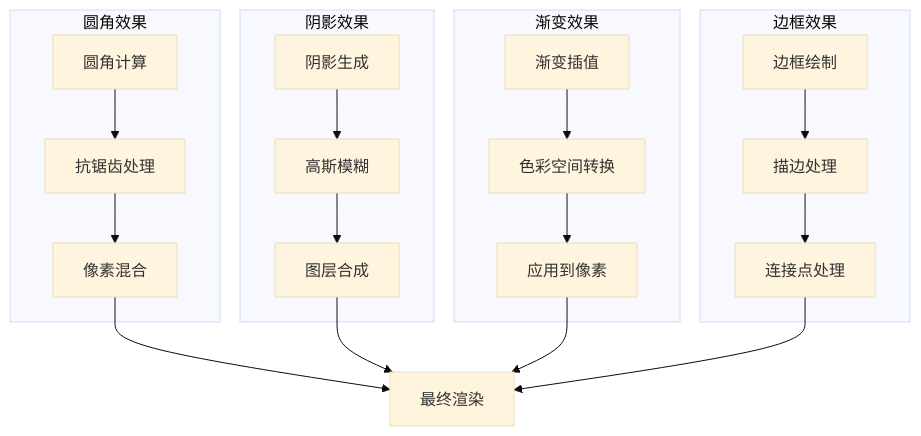
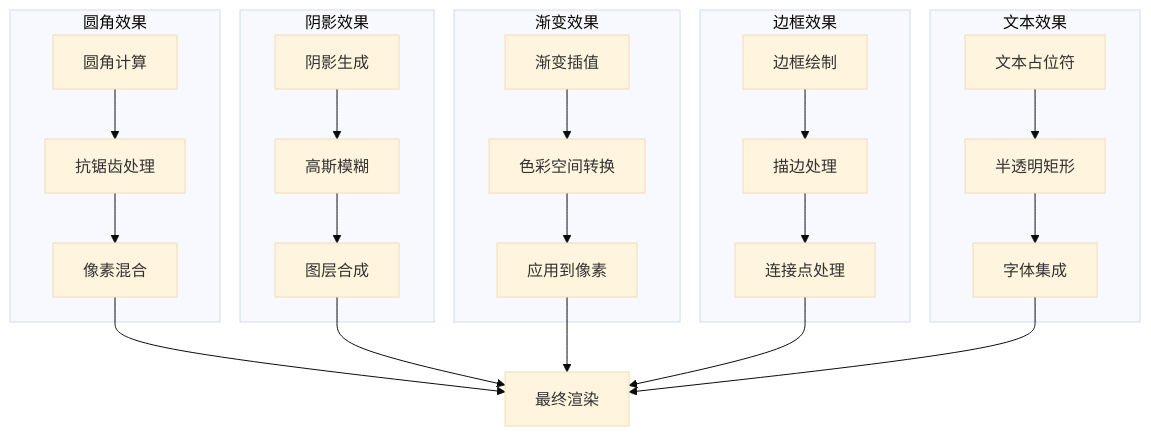
One commit to itszzl-sudo/iris changed diagram 12 of 19 in .qoder/repowiki/zh/content/核心功能特性/自研浏览器级渲染能力.md. Above: the diagram before and after it, drawn with Mermaid (base theme). The commit also changed other lines of this file and 4 other files, not shown here.

Commit message:
feat: fontdue text rendering integration - glyph rasterization working

````diff
--- a/.qoder/repowiki/zh/content/核心功能特性/自研浏览器级渲染能力.md
+++ b/.qoder/repowiki/zh/content/核心功能特性/自研浏览器级渲染能力.md
@@ -347,23 +440,28 @@
 ```mermaid
 graph TB
 subgraph "圆角效果"
 Corner[圆角计算] --> AntiAlias[抗锯齿处理]
 AntiAlias --> Blend[像素混合]
 end
 subgraph "阴影效果"
 Shadow[阴影生成] --> Blur[高斯模糊]
 Blur --> Composite[图层合成]
 end
 subgraph "渐变效果"
 Gradient[渐变插值] --> ColorSpace[色彩空间转换]
 ColorSpace --> Apply[应用到像素]
 end
 subgraph "边框效果"
 Border[边框绘制] --> Stroke[描边处理]
 Stroke --> Join[连接点处理]
 end
+subgraph "文本效果"
+Text[文本占位符] --> Placeholder[半透明矩形]
+Placeholder --> FontIntegration[字体集成]
+end
 Blend --> Final[最终渲染]
 Composite --> Final
 Apply --> Final
 Join --> Final
+FontIntegration --> Final
 ```
````
